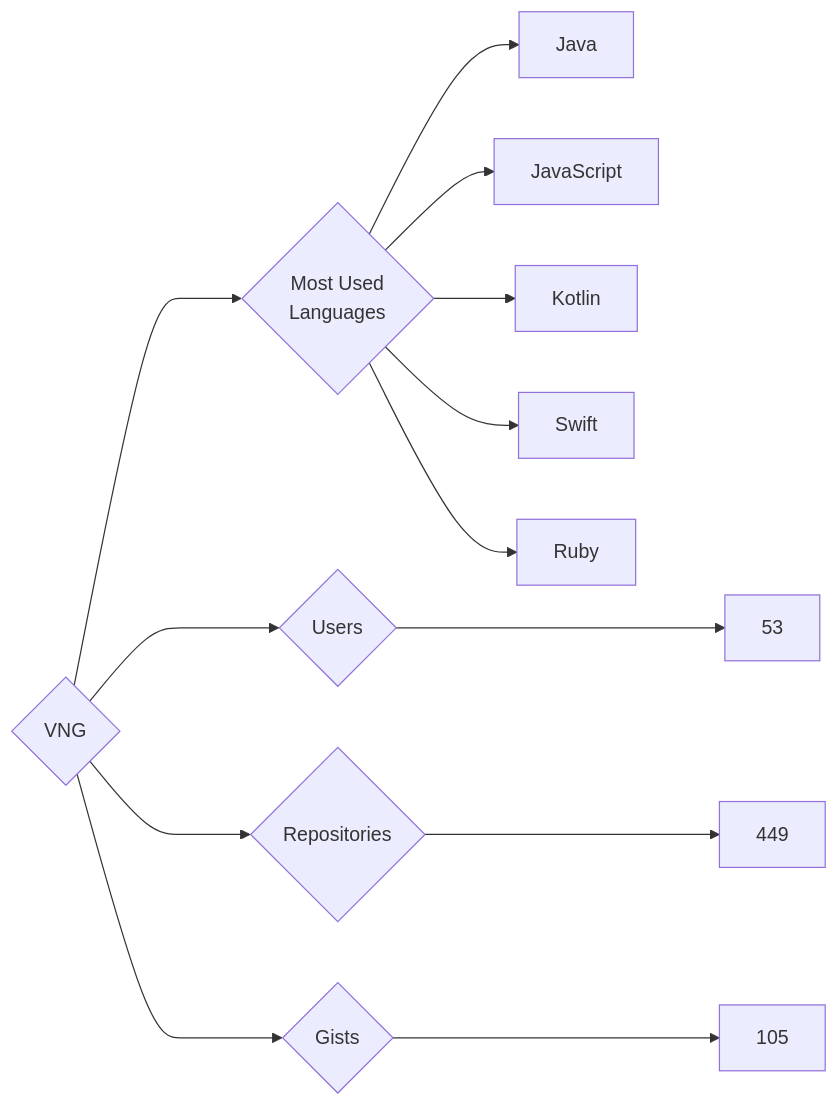
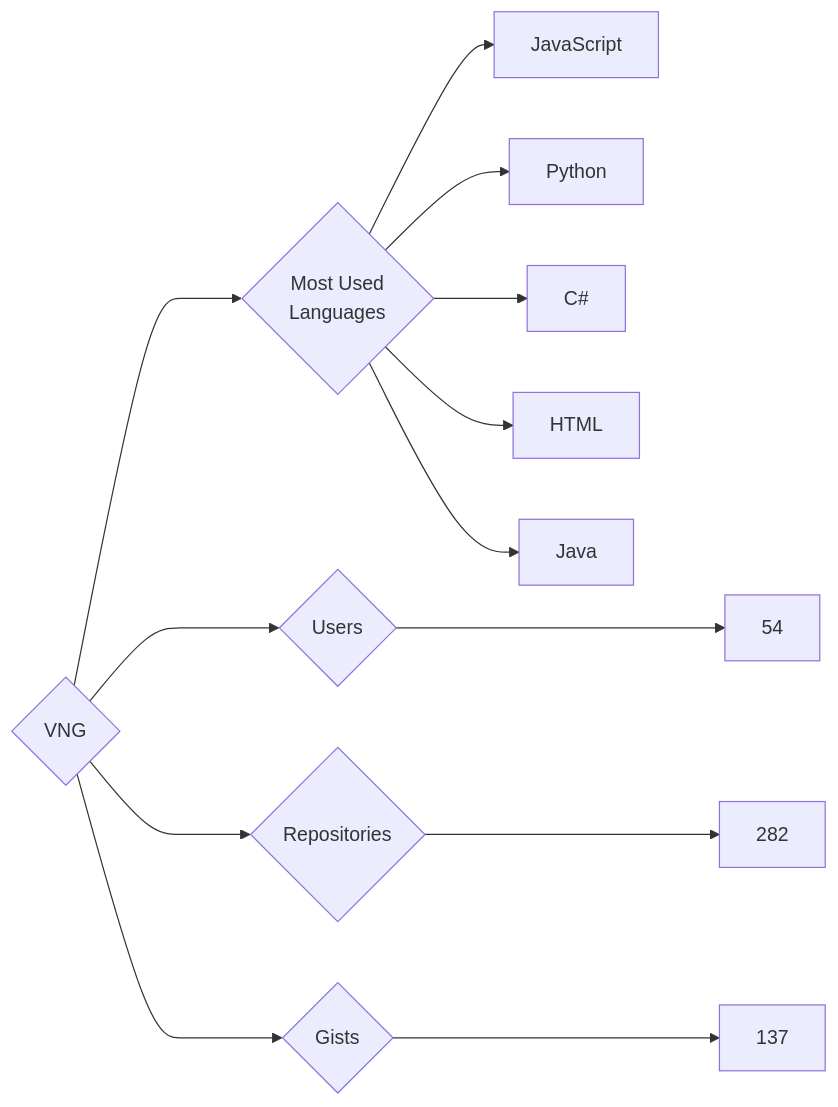
Before and after one commit to trickest/insiders: the diagram in targets/VNG/README.md, drawn with Mermaid. The commit also changed 895 other files, not shown here.

````diff
--- a/targets/VNG/README.md
+++ b/targets/VNG/README.md
@@ -3,13 +3,13 @@
 ```mermaid
 graph LR
 COMPANY_NAME{VNG}
-COMPANY_NAME ---> U{Users} ---> UN[53]
-COMPANY_NAME ---> R{Repositories} ---> RN[449]
-COMPANY_NAME ---> G{Gists} ---> GN[105]
+COMPANY_NAME ---> U{Users} ---> UN[54]
+COMPANY_NAME ---> R{Repositories} ---> RN[282]
+COMPANY_NAME ---> G{Gists} ---> GN[137]
 COMPANY_NAME ---> ML{Most Used<br>Languages}
+ML --> JavaScript[JavaScript]
+ML --> Python[Python]
+ML --> C#[C#]
+ML --> HTML[HTML]
 ML --> Java[Java]
-ML --> JavaScript[JavaScript]
-ML --> Kotlin[Kotlin]
-ML --> Swift[Swift]
-ML --> Ruby[Ruby]
 ```
````
